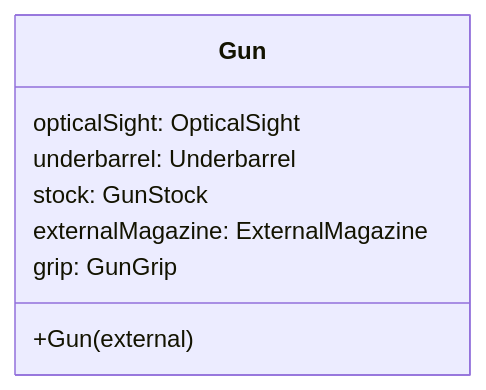
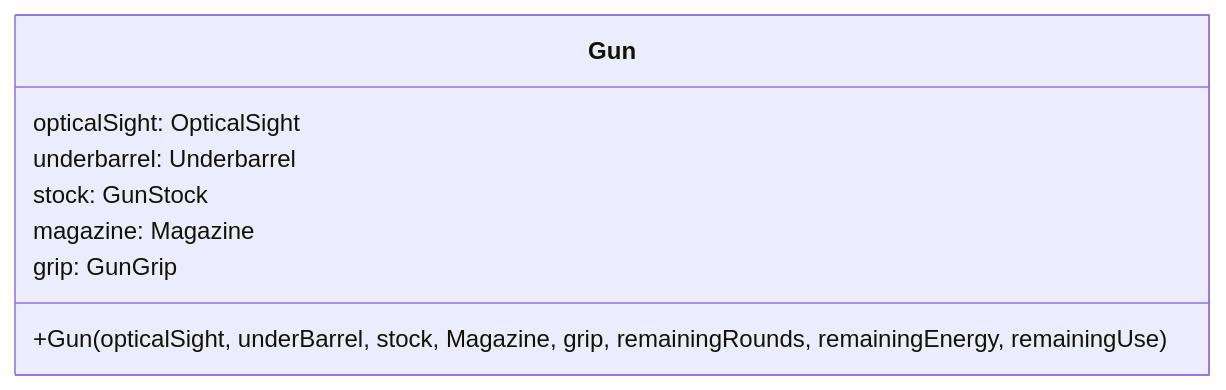
One commit to Bix2llets/CS202---Seminar changed the third of 5 diagrams in 1. Builder/Builder.md. Above: the diagram before and after it, drawn with Mermaid. The commit also changed other lines of this file, not shown here.

Commit message:
Finish the diagram for real world problem

````diff
--- a/1. Builder/Builder.md
+++ b/1. Builder/Builder.md
@@ -98,12 +98,12 @@
 ```mermaid
 classDiagram
 class Gun{
 
 opticalSight: OpticalSight
 underbarrel: Underbarrel
 stock: GunStock
-externalMagazine: ExternalMagazine
+magazine: Magazine
 grip: GunGrip
 
-+Gun(external)  }
++Gun(opticalSight, underBarrel, stock, Magazine, grip, remainingRounds, remainingEnergy, remainingUse)  }
 ```
````
